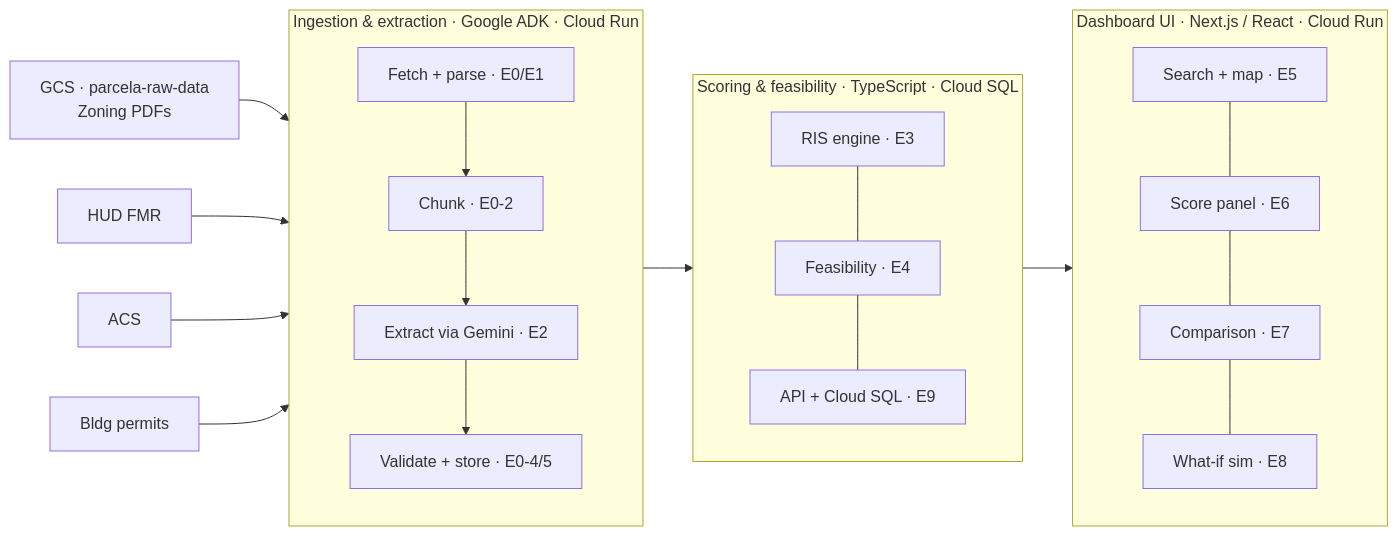
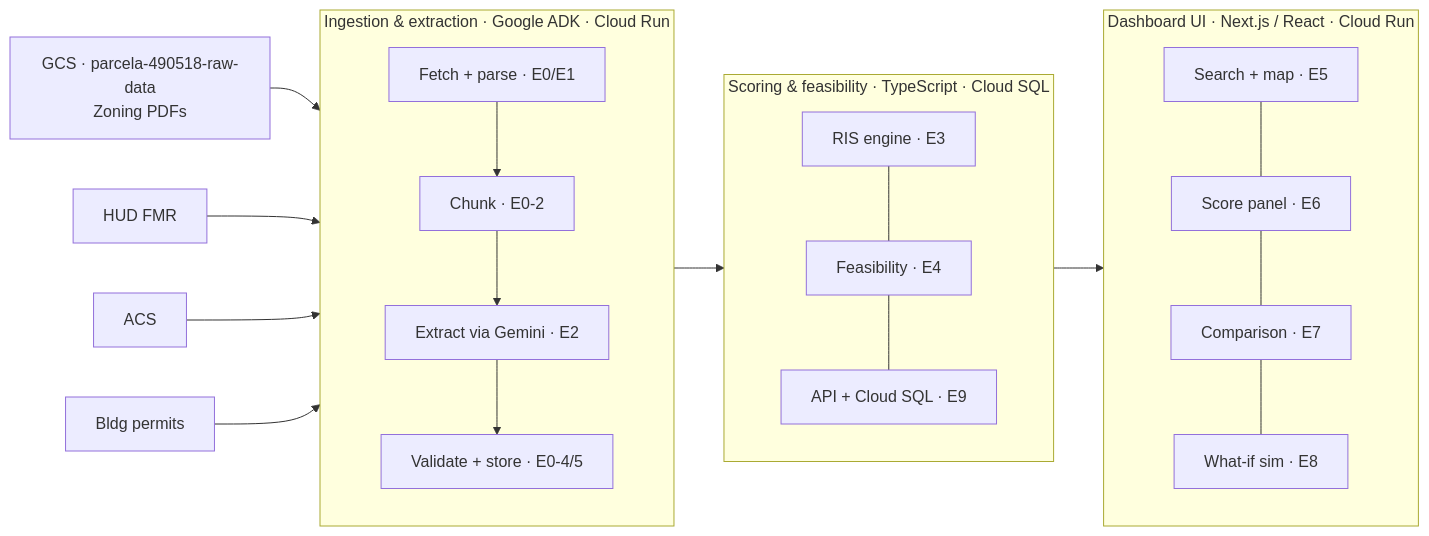
The diagram in docs/ARCHITECTURE.md (excellaco/act-iac-ai-hackathon), drawn with Mermaid before and after one commit. The commit also changed other lines of this file and 8 other files, not shown here.

First line of the commit message:
chore: rename GCS bucket to parcela-490518-raw-data

````diff
--- a/docs/ARCHITECTURE.md
+++ b/docs/ARCHITECTURE.md
@@ -5,27 +5,27 @@
 ```mermaid
 flowchart LR
-  GCS["GCS · parcela-raw-data\nZoning PDFs"]
+  GCS["GCS · parcela-490518-raw-data\nZoning PDFs"]
   F["HUD FMR"]
   A["ACS"]
   B["Bldg permits"]
 
   subgraph PIPE["Ingestion & extraction · Google ADK · Cloud Run"]
     P1["Fetch + parse · E0/E1"] --> P2["Chunk · E0-2"] --> P3["Extract via Gemini · E2"] --> P4["Validate + store · E0-4/5"]
   end
 
   subgraph UI["Dashboard UI · Next.js / React · Cloud Run"]
     U1["Search + map · E5"] --- U2["Score panel · E6"] --- U3["Comparison · E7"] --- U4["What-if sim · E8"]
   end
 
   subgraph SCORE["Scoring & feasibility · TypeScript · Cloud SQL"]
     S1["RIS engine · E3"] --- S2["Feasibility · E4"] --- S3["API + Cloud SQL · E9"]
   end
 
   GCS --> PIPE
   F --> PIPE
   A --> PIPE
   B --> PIPE
 
   PIPE --> SCORE
   SCORE --> UI
 ```
````
